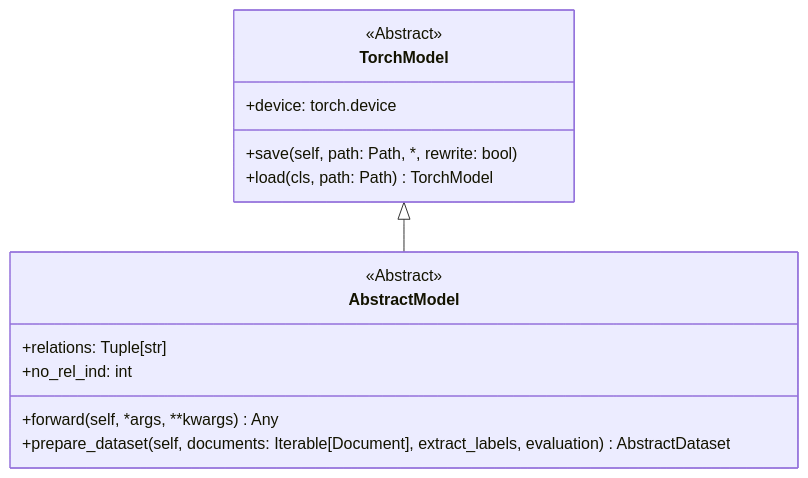
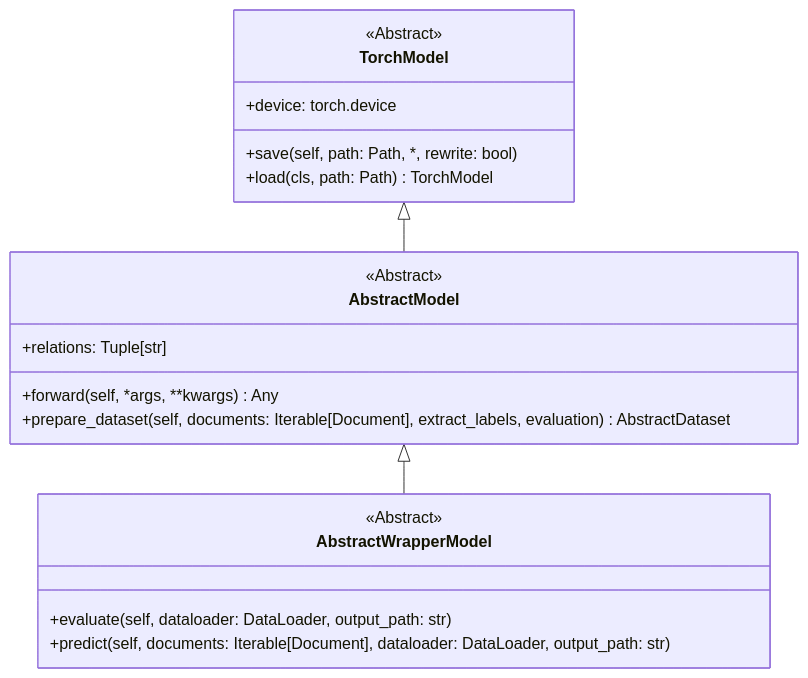
The fourth of 4 diagrams in README.md (phos-phophy/creed), drawn with Mermaid before and after one commit. The commit also changed other lines of this file, not shown here.

````diff
--- a/README.md
+++ b/README.md
@@ -152,21 +151,27 @@
 ```mermaid
 classDiagram
 direction TB
 
    class TorchModel{
       <<Abstract>>
       +device: torch.device
       +save(self, path: Path, *, rewrite: bool)
       +load(cls, path: Path) TorchModel
    }
    TorchModel <|-- AbstractModel
+   AbstractModel <|-- AbstractWrapperModel
    
    class AbstractModel{
       <<Abstract>>
       +relations: Tuple[str]
-      +no_rel_ind: int
       +forward(self, *args, **kwargs) Any
       +prepare_dataset(self, documents: Iterable[Document], extract_labels, evaluation)  AbstractDataset
    }
    
+   class AbstractWrapperModel{
+      <<Abstract>>
+      +evaluate(self, dataloader: DataLoader, output_path: str)
+      +predict(self, documents: Iterable[Document], dataloader: DataLoader, output_path: str)
+   }
+   
 ```
````
